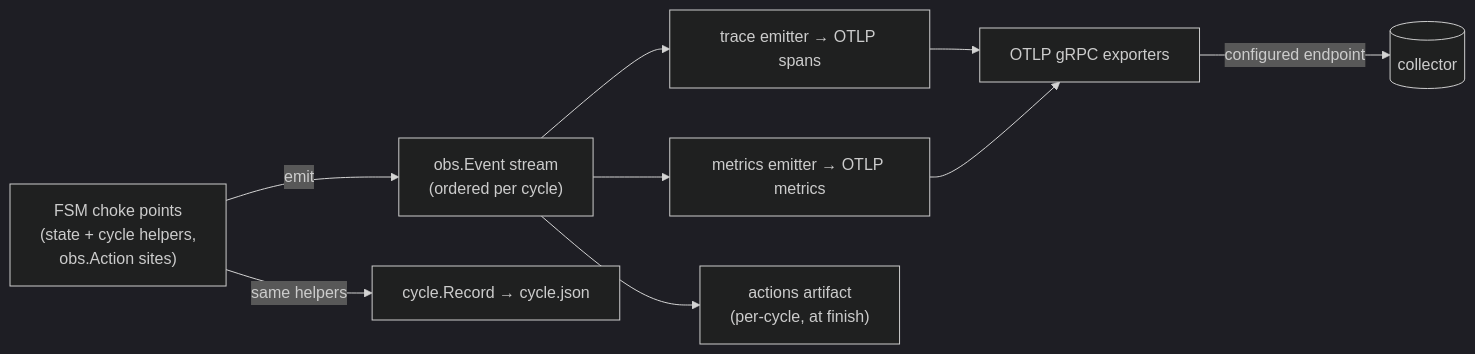
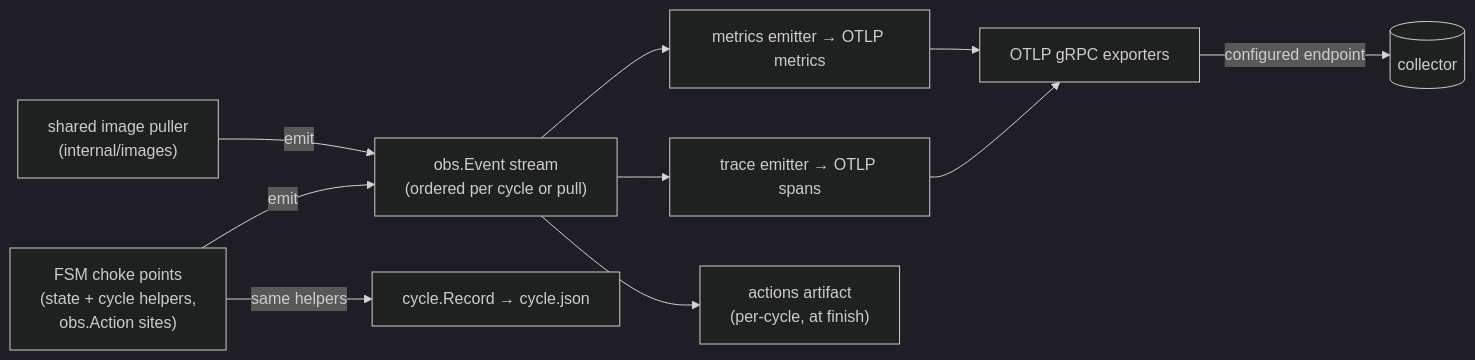
The diagram in docs/architecture/observability.md (bojanrajkovic/runny), drawn with Mermaid (dark theme) before and after one commit. The commit also changed other lines of this file and 15 other files, not shown here.

````diff
--- a/docs/architecture/observability.md
+++ b/docs/architecture/observability.md
@@ -8,11 +8,12 @@
 ```mermaid
 flowchart LR
-    FSM["FSM choke points\n(state + cycle helpers,\nobs.Action sites)"] -->|emit| EV["obs.Event stream\n(ordered per cycle)"]
+    FSM["FSM choke points\n(state + cycle helpers,\nobs.Action sites)"] -->|emit| EV["obs.Event stream\n(ordered per cycle or pull)"]
+    PULL["shared image puller\n(internal/images)"] -->|emit| EV
     FSM -->|same helpers| REC["cycle.Record → cycle.json"]
     EV --> TRC["trace emitter → OTLP spans"]
     EV --> MET["metrics emitter → OTLP metrics"]
     EV --> ART["actions artifact\n(per-cycle, at finish)"]
     TRC --> OTLP["OTLP gRPC exporters"]
     MET --> OTLP
     OTLP -->|configured endpoint| COLLECTOR[("collector")]
 ```
````
